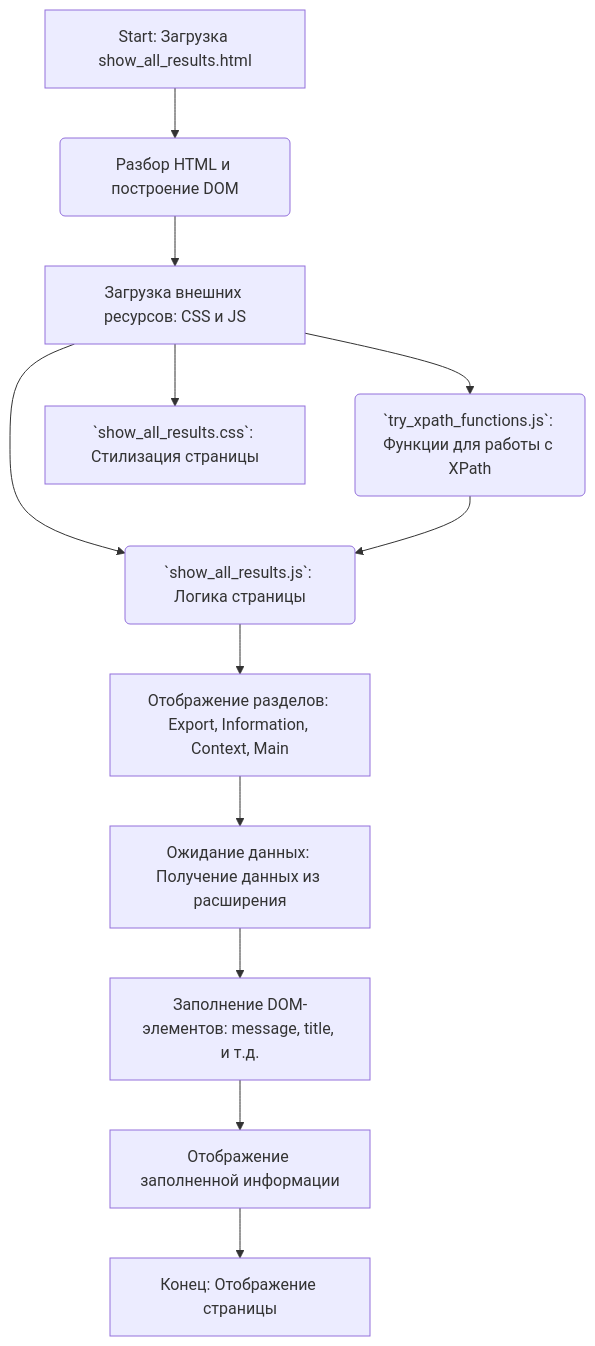
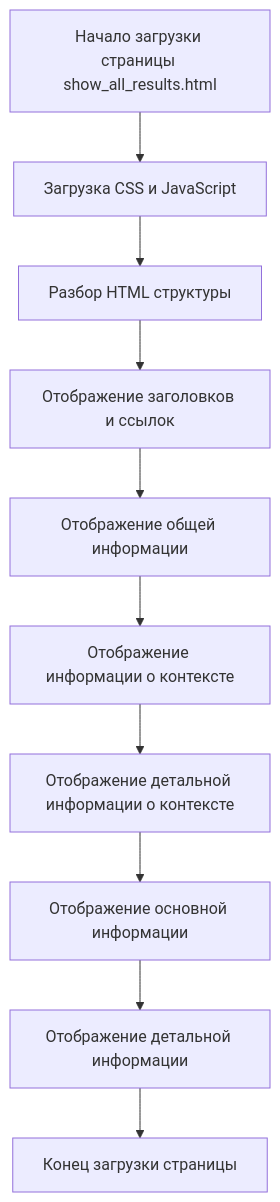
One commit to hypo69/hypo changed the diagram in docs/gemini/ru/explainer/src/webdriver/edge/extentions/try_path_1.3.5/pages/show_all_results.html.md. Above: the diagram before and after it, drawn with Mermaid. The commit also changed other lines of this file and 1300 other files, not shown here.

````diff
--- a/docs/gemini/ru/explainer/src/webdriver/edge/extentions/try_path_1.3.5/pages/show_all_results.html.md
+++ b/docs/gemini/ru/explainer/src/webdriver/edge/extentions/try_path_1.3.5/pages/show_all_results.html.md
@@ -25,15 +46,12 @@
 ```mermaid
 flowchart TD
-    A[Start: Загрузка show_all_results.html] --> B(Разбор HTML и построение DOM);
-    B --> C[Загрузка внешних ресурсов: CSS и JS];
-    C --> D(`try_xpath_functions.js`: Функции для работы с XPath);
-    C --> E( `show_all_results.js`: Логика страницы);
-    C --> F[`show_all_results.css`: Стилизация страницы];
-    D --> E;
-    E --> G[Отображение разделов: Export, Information, Context, Main];
-    G --> H[Ожидание данных: Получение данных из расширения];
-    H --> I[Заполнение DOM-элементов: message, title, и т.д.];
-    I --> J[Отображение заполненной информации];
-    J --> K[Конец: Отображение страницы];
-
+    Start[Начало загрузки страницы show_all_results.html] --> LoadResources[Загрузка CSS и JavaScript]
+    LoadResources --> ParseHTML[Разбор HTML структуры]
+    ParseHTML --> DisplayHeadersAndLinks[Отображение заголовков и ссылок]
+    DisplayHeadersAndLinks --> DisplayInfoTable[Отображение общей информации]
+    DisplayInfoTable --> DisplayContextInfo[Отображение информации о контексте]
+    DisplayContextInfo --> DisplayContextDetails[Отображение детальной информации о контексте]
+    DisplayContextDetails --> DisplayMainInfo[Отображение основной информации]
+    DisplayMainInfo --> DisplayMainDetails[Отображение детальной информации]
+    DisplayMainDetails --> End[Конец загрузки страницы]
 ```
````
